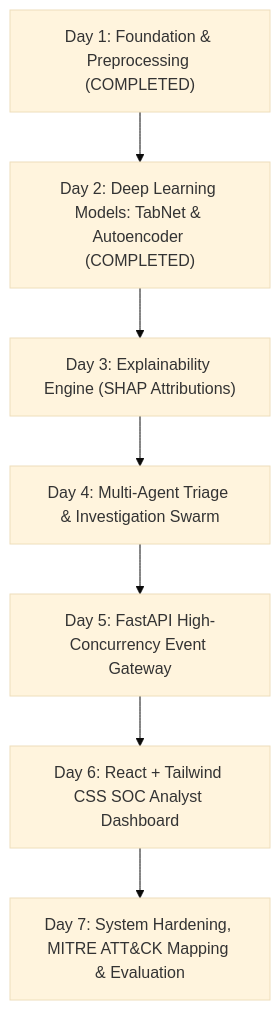
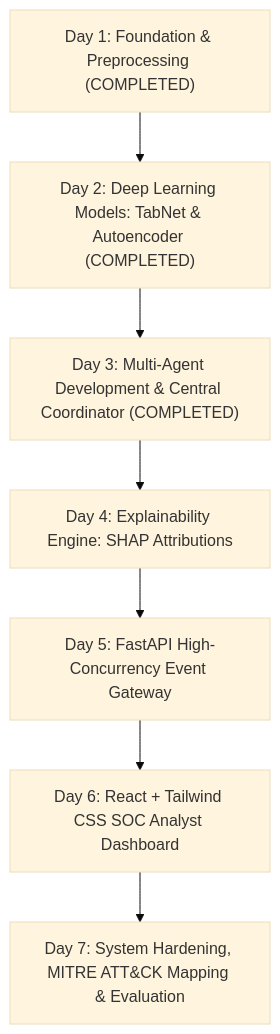
Before and after one commit to sominenivenumadhava/CyberSentinal: the diagram in docs/PROJECT_TRACKER.md, drawn with Mermaid (base theme). The commit also changed other lines of this file and 30 other files, not shown here.

Commit message:
feat: complete Day 3 multi-agent development with 5 specialized agents and central coordinator

````diff
--- a/docs/PROJECT_TRACKER.md
+++ b/docs/PROJECT_TRACKER.md
@@ -29,9 +29,9 @@
 ```mermaid
 flowchart TD
     D1["Day 1: Foundation & Preprocessing (COMPLETED)"] --> D2["Day 2: Deep Learning Models: TabNet & Autoencoder (COMPLETED)"]
-    D2 --> D3["Day 3: Explainability Engine (SHAP Attributions)"]
-    D3 --> D4["Day 4: Multi-Agent Triage & Investigation Swarm"]
+    D2 --> D3["Day 3: Multi-Agent Development & Central Coordinator (COMPLETED)"]
+    D3 --> D4["Day 4: Explainability Engine: SHAP Attributions"]
     D4 --> D5["Day 5: FastAPI High-Concurrency Event Gateway"]
     D5 --> D6["Day 6: React + Tailwind CSS SOC Analyst Dashboard"]
     D6 --> D7["Day 7: System Hardening, MITRE ATT&CK Mapping & Evaluation"]
 ```
````
